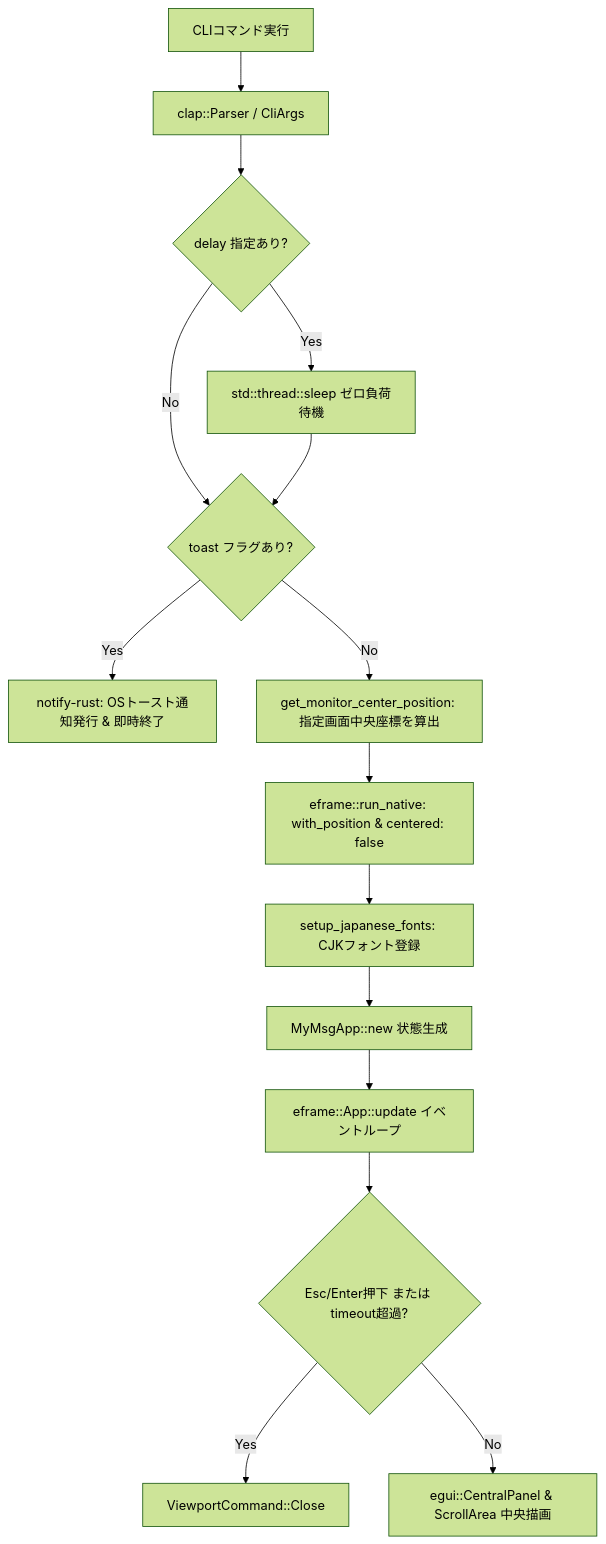
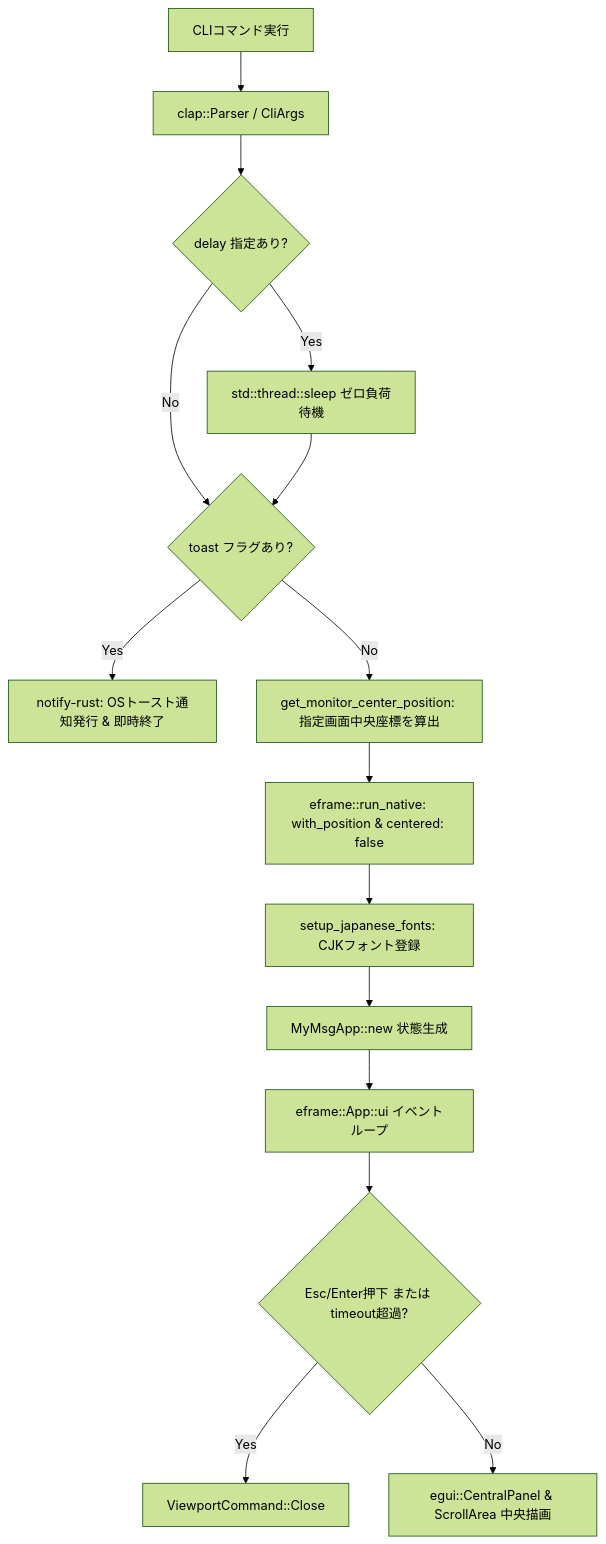
Before and after one commit to tkshnkgwr/MyMsg: the first of 2 diagrams in docs/ja/ARCHITECTURE.md, drawn with Mermaid (forest theme). The commit also changed 34 other files, not shown here.

````diff
--- a/docs/ja/ARCHITECTURE.md
+++ b/docs/ja/ARCHITECTURE.md
@@ -11,17 +11,17 @@
 ```mermaid
 graph TD
     CLI[CLIコマンド実行] --> ArgParser[clap::Parser / CliArgs]
     ArgParser --> DelayCheck{delay 指定あり?}
     DelayCheck -- Yes --> Sleep[std::thread::sleep ゼロ負荷待機]
     DelayCheck -- No --> ToastCheck
     Sleep --> ToastCheck{toast フラグあり?}
     ToastCheck -- Yes --> SendToast[notify-rust: OSトースト通知発行 & 即時終了]
     ToastCheck -- No --> MonDetect[get_monitor_center_position: 指定画面中央座標を算出]
     MonDetect --> WinInit[eframe::run_native: with_position & centered: false]
     WinInit --> FontSetup[setup_japanese_fonts: CJKフォント登録]
     FontSetup --> AppState[MyMsgApp::new 状態生成]
-    AppState --> EventLoop[eframe::App::update イベントループ]
+    AppState --> EventLoop[eframe::App::ui イベントループ]
     EventLoop --> KeyCheck{Esc/Enter押下 または timeout超過?}
     KeyCheck -- Yes --> CloseCmd[ViewportCommand::Close]
     KeyCheck -- No --> Render[egui::CentralPanel & ScrollArea 中央描画]
 ```
````
